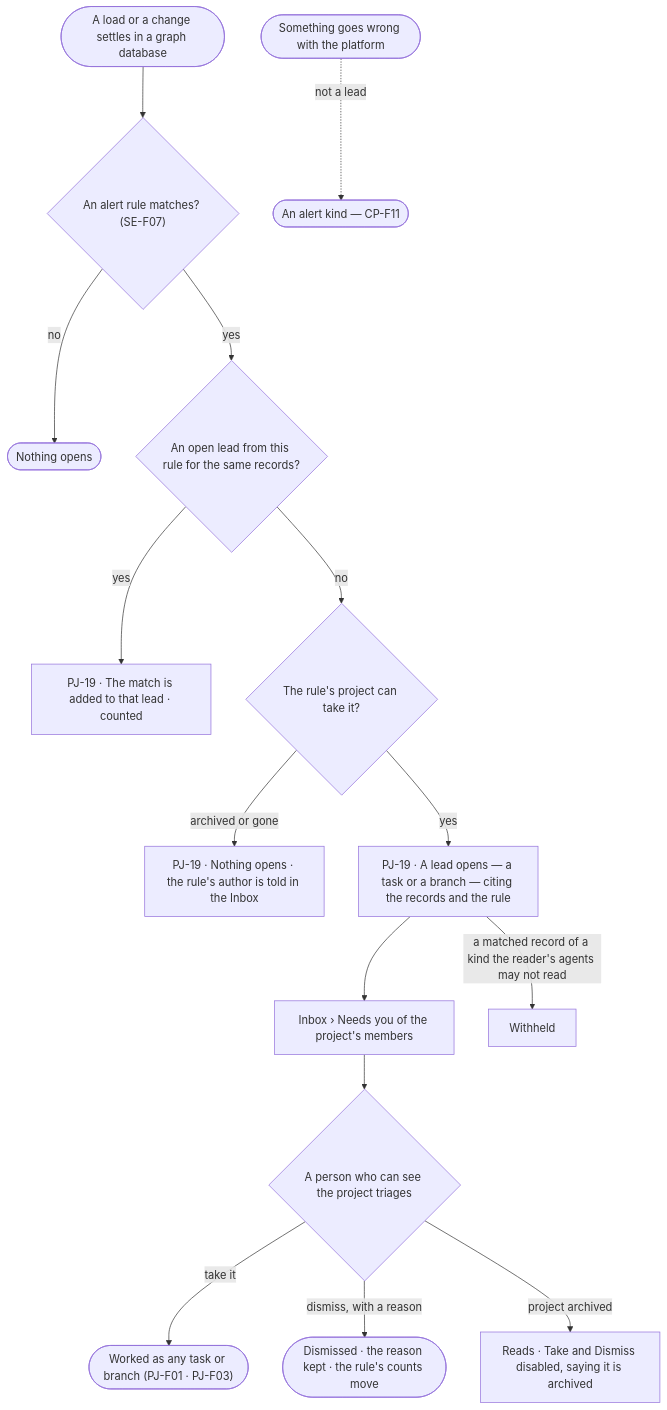
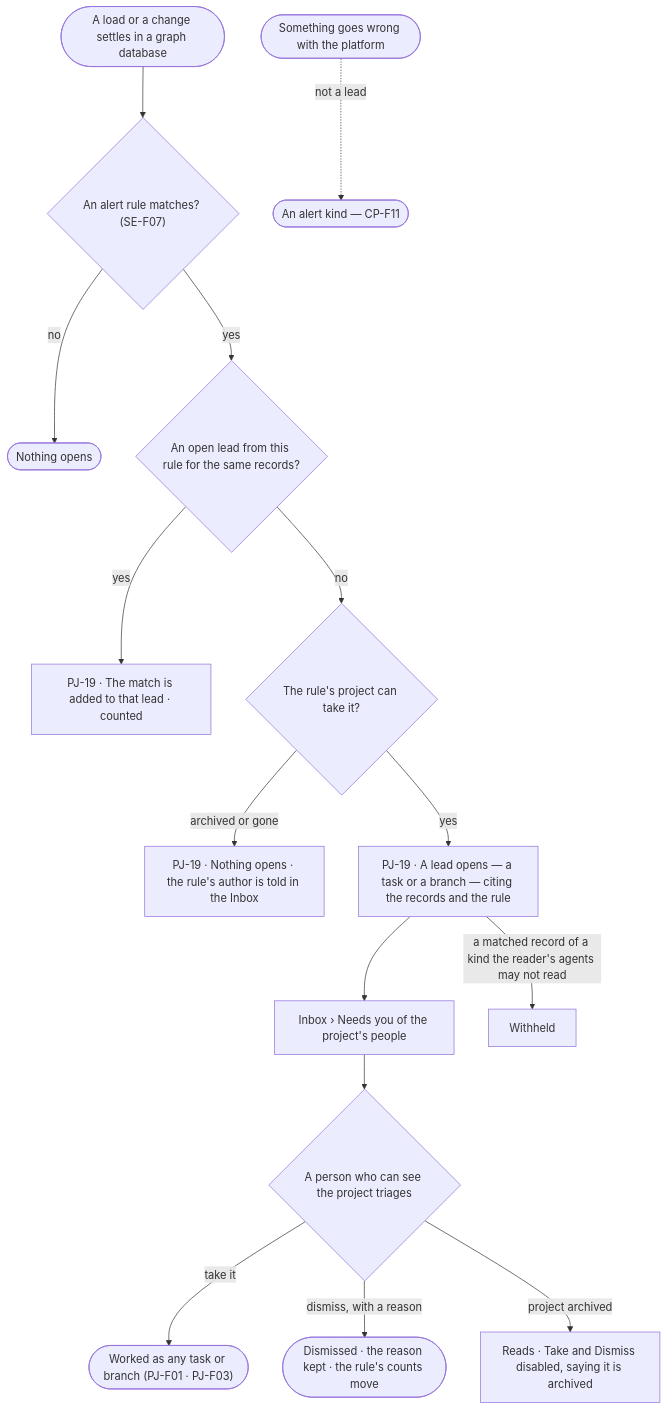
The first of 2 diagrams in specs/capabilities/projects/features/PJ-F06-alerts/feature.md (invana/invana), drawn with Mermaid before and after one commit. The commit also changed other lines of this file and 106 other files, not shown here.

````diff
--- a/specs/capabilities/projects/features/PJ-F06-alerts/feature.md
+++ b/specs/capabilities/projects/features/PJ-F06-alerts/feature.md
@@ -25,17 +25,17 @@
 ```mermaid
 flowchart TD
   ld([A load or a change settles in a graph database]) --> chk{"An alert rule matches? (SE-F07)"}
   chk -->|no| none([Nothing opens])
   chk -->|yes| open{"An open lead from this rule for the same records?"}
   open -->|yes| add["PJ-19 · The match is added to that lead · counted"]
   open -->|no| proj{"The rule's project can take it?"}
   proj -->|archived or gone| nf["PJ-19 · Nothing opens · the rule's author is told in the Inbox"]
   proj -->|yes| lead["PJ-19 · A lead opens — a task or a branch — citing the records and the rule"]
-  lead --> nyou["Inbox › Needs you of the project's members"]
+  lead --> nyou["Inbox › Needs you of the project's people"]
   nyou --> tri{"A person who can see the project triages"}
   tri -->|take it| work(["Worked as any task or branch (PJ-F01 · PJ-F03)"])
   tri -->|dismiss, with a reason| dis(["Dismissed · the reason kept · the rule's counts move"])
   tri -->|project archived| ro["Reads · Take and Dismiss disabled, saying it is archived"]
   lead -->|a matched record of a kind the reader's agents may not read| wr["Withheld"]
   ops([Something goes wrong with the platform]) -.->|not a lead| cp(["An alert kind — CP-F11"])
 ```
````
